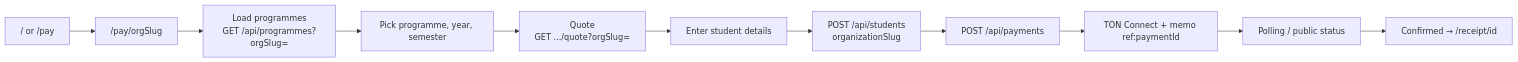
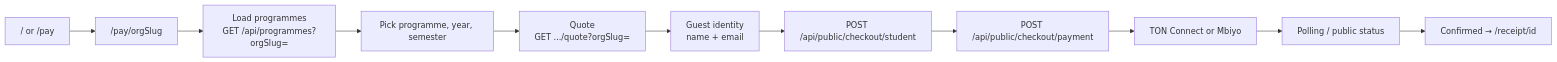
Before and after one commit to infoedutechos/openpaygb: the diagram in docs/USER_FLOW.md, drawn with Mermaid. The commit also changed other lines of this file and 251 other files, not shown here.

````diff
--- a/docs/USER_FLOW.md
+++ b/docs/USER_FLOW.md
@@ -20,13 +22,13 @@
 ```mermaid
 flowchart LR
   A["/ or /pay"] --> B["/pay/orgSlug"]
   B --> C["Load programmes\nGET /api/programmes?orgSlug="]
   C --> D["Pick programme, year, semester"]
   D --> E["Quote\nGET .../quote?orgSlug="]
-  E --> F["Enter student details"]
-  F --> G["POST /api/students\norganizationSlug"]
-  G --> H["POST /api/payments"]
-  H --> I["TON Connect + memo ref:paymentId"]
+  E --> F["Guest identity\nname + email"]
+  F --> G["POST /api/public/checkout/student"]
+  G --> H["POST /api/public/checkout/payment"]
+  H --> I["TON Connect or Mbiyo"]
   I --> J["Polling / public status"]
   J --> K["Confirmed → /receipt/id"]
 ```
````
